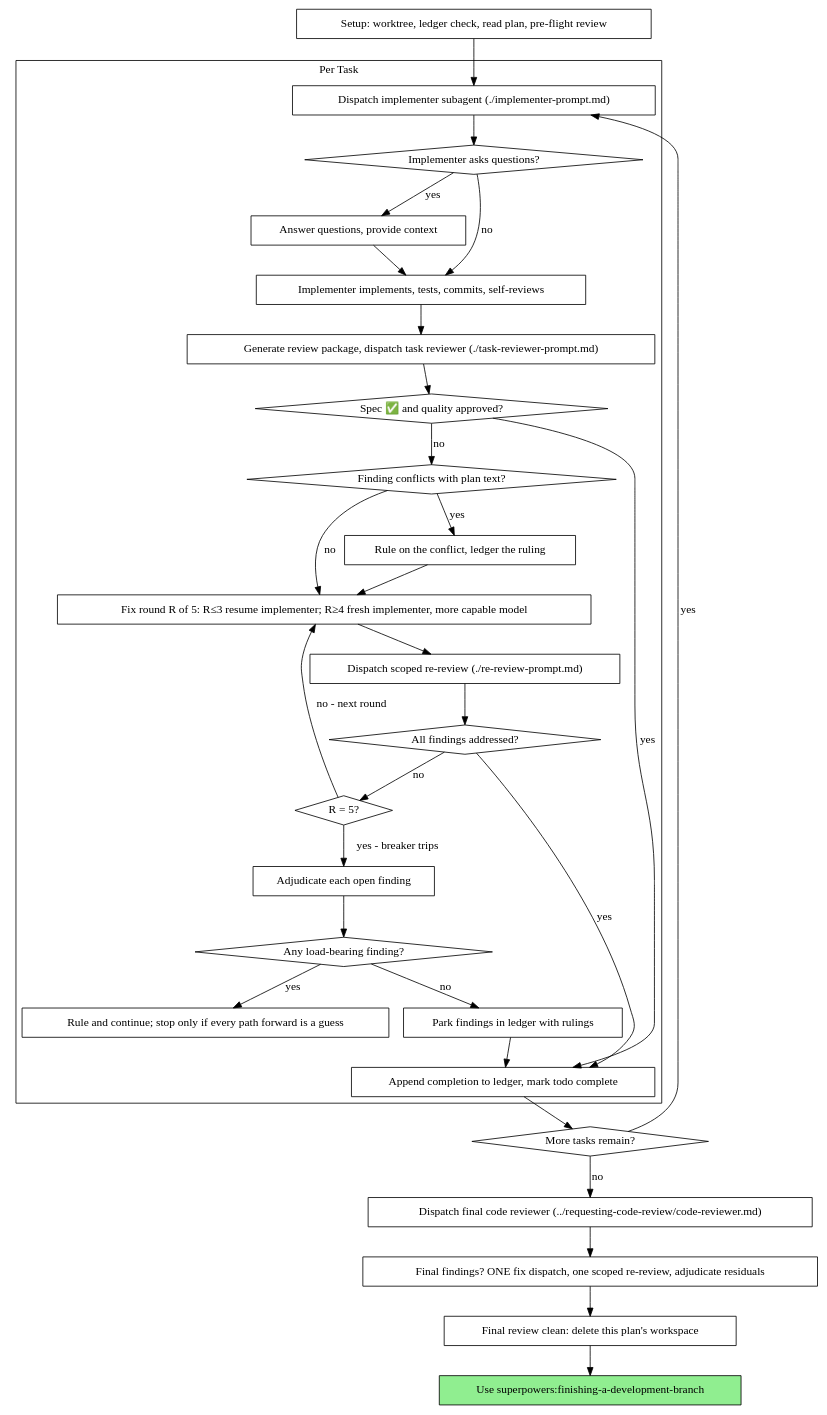
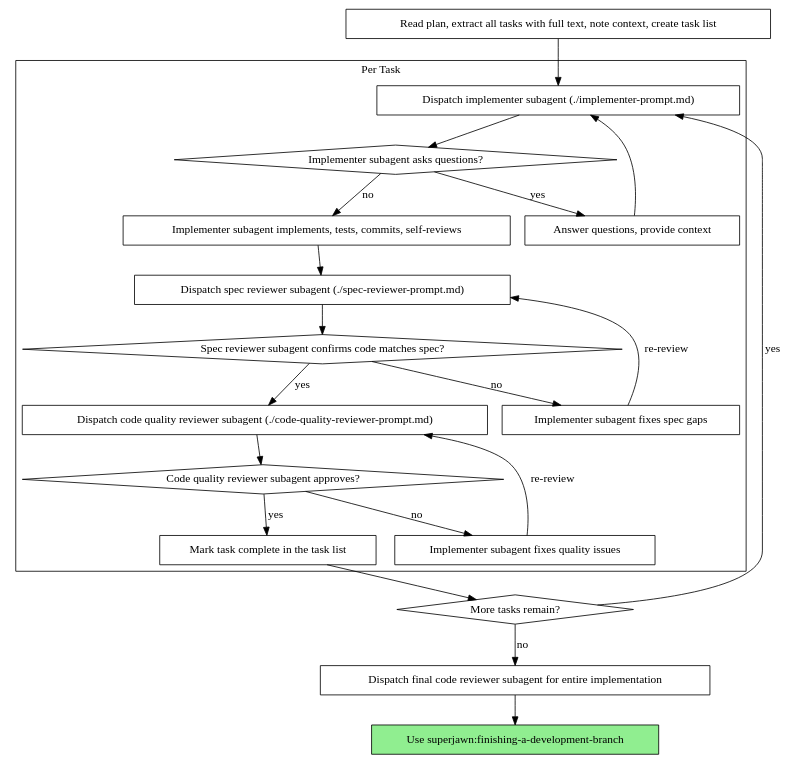
Before and after one commit to bg-szy/TOP-SKILLS: the second of 2 diagrams in skills/awesome-skills/subagent-driven-development/SKILL.md, drawn with Graphviz. The commit also changed other lines of this file and 4219 other files, not shown here.

````diff
--- a/skills/awesome-skills/subagent-driven-development/SKILL.md
+++ b/skills/awesome-skills/subagent-driven-development/SKILL.md
@@ -61,62 +53,44 @@
 ```dot
 digraph process {
     rankdir=TB;
 
     subgraph cluster_per_task {
         label="Per Task";
         "Dispatch implementer subagent (./implementer-prompt.md)" [shape=box];
-        "Implementer asks questions?" [shape=diamond];
+        "Implementer subagent asks questions?" [shape=diamond];
         "Answer questions, provide context" [shape=box];
-        "Implementer implements, tests, commits, self-reviews" [shape=box];
-        "Generate review package, dispatch task reviewer (./task-reviewer-prompt.md)" [shape=box];
-        "Spec ✅ and quality approved?" [shape=diamond];
-        "Finding conflicts with plan text?" [shape=diamond];
-        "Rule on the conflict, ledger the ruling" [shape=box];
-        "Fix round R of 5: R≤3 resume implementer; R≥4 fresh implementer, more capable model" [shape=box];
-        "Dispatch scoped re-review (./re-review-prompt.md)" [shape=box];
-        "All findings addressed?" [shape=diamond];
-        "R = 5?" [shape=diamond];
-        "Adjudicate each open finding" [shape=box];
-        "Any load-bearing finding?" [shape=diamond];
-        "Rule and continue; stop only if every path forward is a guess" [shape=box];
-        "Park findings in ledger with rulings" [shape=box];
-        "Append completion to ledger, mark todo complete" [shape=box];
+        "Implementer subagent implements, tests, commits, self-reviews" [shape=box];
+        "Dispatch spec reviewer subagent (./spec-reviewer-prompt.md)" [shape=box];
+        "Spec reviewer subagent confirms code matches spec?" [shape=diamond];
+        "Implementer subagent fixes spec gaps" [shape=box];
+        "Dispatch code quality reviewer subagent (./code-quality-reviewer-prompt.md)" [shape=box];
+        "Code quality reviewer subagent approves?" [shape=diamond];
+        "Implementer subagent fixes quality issues" [shape=box];
+        "Mark task complete in the task list" [shape=box];
     }
 
-    "Setup: worktree, ledger check, read plan, pre-flight review" [shape=box];
+    "Read plan, extract all tasks with full text, note context, create task list" [shape=box];
     "More tasks remain?" [shape=diamond];
-    "Dispatch final code reviewer (../requesting-code-review/code-reviewer.md)" [shape=box];
-    "Final findings? ONE fix dispatch, one scoped re-review, adjudicate residuals" [shape=box];
-    "Final review clean: delete this plan's workspace" [shape=box];
-    "Use superpowers:finishing-a-development-branch" [shape=box style=filled fillcolor=lightgreen];
+    "Dispatch final code reviewer subagent for entire implementation" [shape=box];
+    "Use superjawn:finishing-a-development-branch" [shape=box style=filled fillcolor=lightgreen];
 
-    "Setup: worktree, ledger check, read plan, pre-flight review" -> "Dispatch implementer subagent (./implementer-prompt.md)";
-    "Dispatch implementer subagent (./implementer-prompt.md)" -> "Implementer asks questions?";
-    "Implementer asks questions?" -> "Answer questions, provide context" [label="yes"];
-    "Answer questions, provide context" -> "Implementer implements, tests, commits, self-reviews";
-    "Implementer asks questions?" -> "Implementer implements, tests, commits, self-reviews" [label="no"];
-    "Implementer implements, tests, commits, self-reviews" -> "Generate review package, dispatch task reviewer (./task-reviewer-prompt.md)";
-    "Generate review package, dispatch task reviewer (./task-reviewer-prompt.md)" -> "Spec ✅ and quality approved?";
-    "Spec ✅ and quality approved?" -> "Append completion to ledger, mark todo complete" [label="yes"];
-    "Spec ✅ and quality approved?" -> "Finding conflicts with plan text?" [label="no"];
-    "Finding conflicts with plan text?" -> "Rule on the conflict, ledger the ruling" [label="yes"];
-    "Rule on the conflict, ledger the ruling" -> "Fix round R of 5: R≤3 resume implementer; R≥4 fresh implementer, more capable model";
-    "Finding conflicts with plan text?" -> "Fix round R of 5: R≤3 resume implementer; R≥4 fresh implementer, more capable model" [label="no"];
-    "Fix round R of 5: R≤3 resume implementer; R≥4 fresh implementer, more capable model" -> "Dispatch scoped re-review (./re-review-prompt.md)";
-    "Dispatch scoped re-review (./re-review-prompt.md)" -> "All findings addressed?";
-    "All findings addressed?" -> "Append completion to ledger, mark todo complete" [label="yes"];
-    "All findings addressed?" -> "R = 5?" [label="no"];
-    "R = 5?" -> "Fix round R of 5: R≤3 resume implementer; R≥4 fresh implementer, more capable model" [label="no - next round"];
-    "R = 5?" -> "Adjudicate each open finding" [label="yes - breaker trips"];
-    "Adjudicate each open finding" -> "Any load-bearing finding?";
-    "Any load-bearing finding?" -> "Rule and continue; stop only if every path forward is a guess" [label="yes"];
-    "Any load-bearing finding?" -> "Park findings in ledger with rulings" [label="no"];
-    "Park findings in ledger with rulings" -> "Append completion to ledger, mark todo complete";
-    "Append completion to ledger, mark todo complete" -> "More tasks remain?";
+    "Read plan, extract all tasks with full text, note context, create task list" -> "Dispatch implementer subagent (./implementer-prompt.md)";
+    "Dispatch implementer subagent (./implementer-prompt.md)" -> "Implementer subagent asks questions?";
+    "Implementer subagent asks questions?" -> "Answer questions, provide context" [label="yes"];
+    "Answer questions, provide context" -> "Dispatch implementer subagent (./implementer-prompt.md)";
+    "Implementer subagent asks questions?" -> "Implementer subagent implements, tests, commits, self-reviews" [label="no"];
+    "Implementer subagent implements, tests, commits, self-reviews" -> "Dispatch spec reviewer subagent (./spec-reviewer-prompt.md)";
+    "Dispatch spec reviewer subagent (./spec-reviewer-prompt.md)" -> "Spec reviewer subagent confirms code matches spec?";
+    "Spec reviewer subagent confirms code matches spec?" -> "Implementer subagent fixes spec gaps" [label="no"];
+    "Implementer subagent fixes spec gaps" -> "Dispatch spec reviewer subagent (./spec-reviewer-prompt.md)" [label="re-review"];
+    "Spec reviewer subagent confirms code matches spec?" -> "Dispatch code quality reviewer subagent (./code-quality-reviewer-prompt.md)" [label="yes"];
+    "Dispatch code quality reviewer subagent (./code-quality-reviewer-prompt.md)" -> "Code quality reviewer subagent approves?";
+    "Code quality reviewer subagent approves?" -> "Implementer subagent fixes quality issues" [label="no"];
+    "Implementer subagent fixes quality issues" -> "Dispatch code quality reviewer subagent (./code-quality-reviewer-prompt.md)" [label="re-review"];
+    "Code quality reviewer subagent approves?" -> "Mark task complete in the task list" [label="yes"];
+    "Mark task complete in the task list" -> "More tasks remain?";
     "More tasks remain?" -> "Dispatch implementer subagent (./implementer-prompt.md)" [label="yes"];
-    "More tasks remain?" -> "Dispatch final code reviewer (../requesting-code-review/code-reviewer.md)" [label="no"];
-    "Dispatch final code reviewer (../requesting-code-review/code-reviewer.md)" -> "Final findings? ONE fix dispatch, one scoped re-review, adjudicate residuals";
-    "Final findings? ONE fix dispatch, one scoped re-review, adjudicate residuals" -> "Final review clean: delete this plan's workspace";
-    "Final review clean: delete this plan's workspace" -> "Use superpowers:finishing-a-development-branch";
+    "More tasks remain?" -> "Dispatch final code reviewer subagent for entire implementation" [label="no"];
+    "Dispatch final code reviewer subagent for entire implementation" -> "Use superjawn:finishing-a-development-branch";
 }
 ```
````
